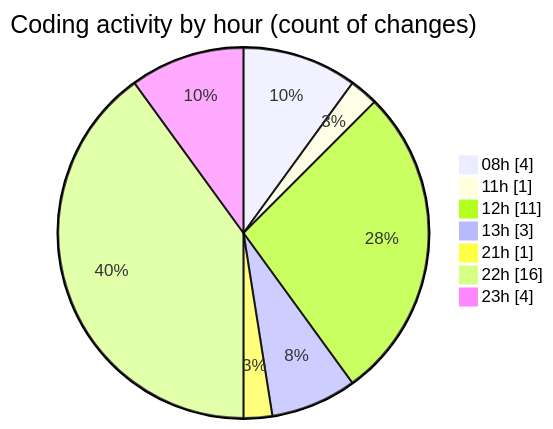
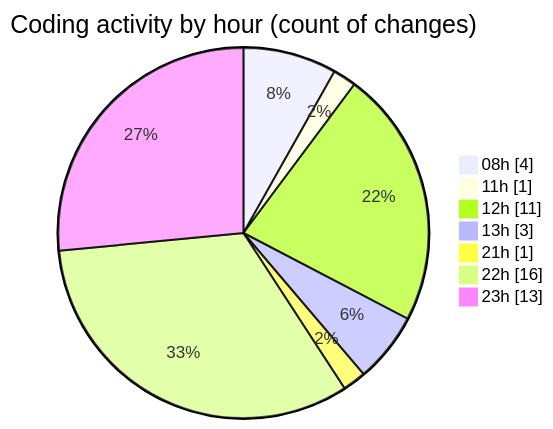
The second of 2 diagrams in 2025-02-10/react_ecom/README.md (Elitesun/code-tracking), drawn with Mermaid before and after one commit. The commit also changed other lines of this file and 1 other file, not shown here.

````diff
--- a/2025-02-10/react_ecom/README.md
+++ b/2025-02-10/react_ecom/README.md
@@ -39,11 +40,11 @@
 ```mermaid
 pie showData
 title Coding activity by hour (count of changes)
 "08h" : 4
 "11h" : 1
 "12h" : 11
 "13h" : 3
 "21h" : 1
 "22h" : 16
-"23h" : 4
+"23h" : 13
 ```
````
